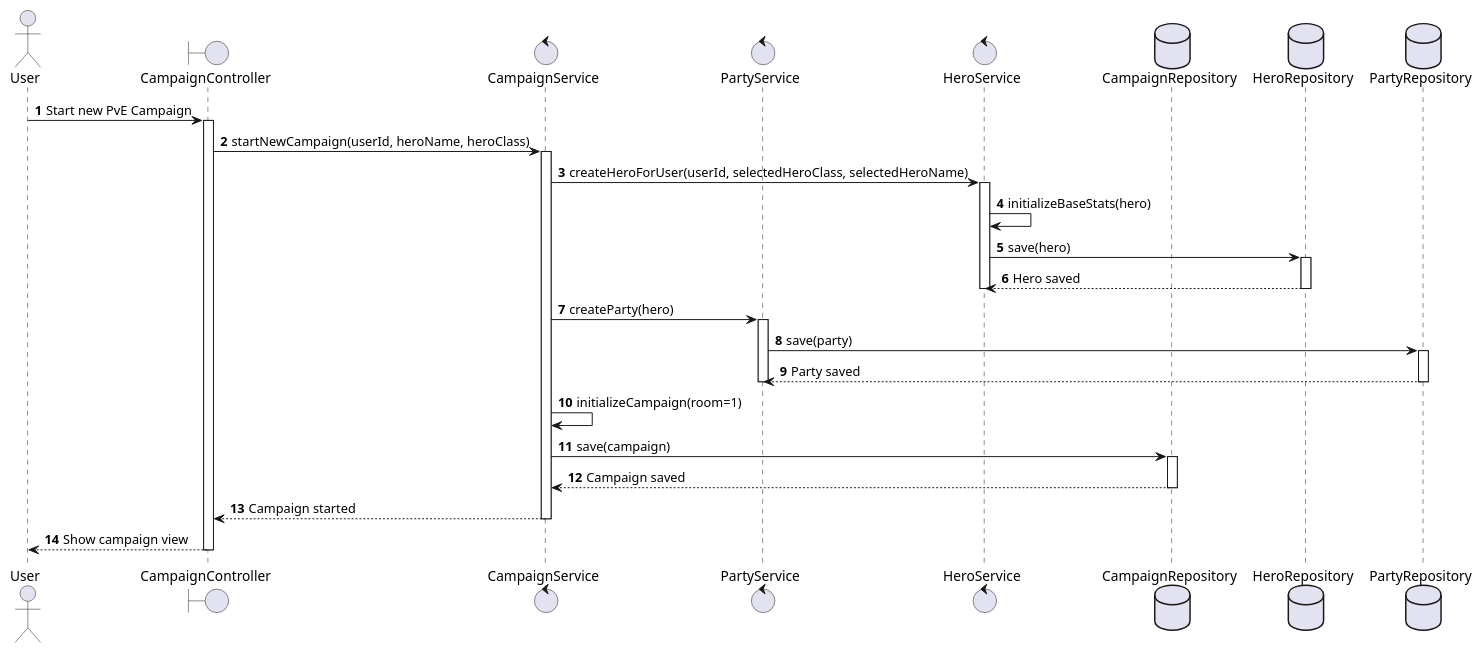
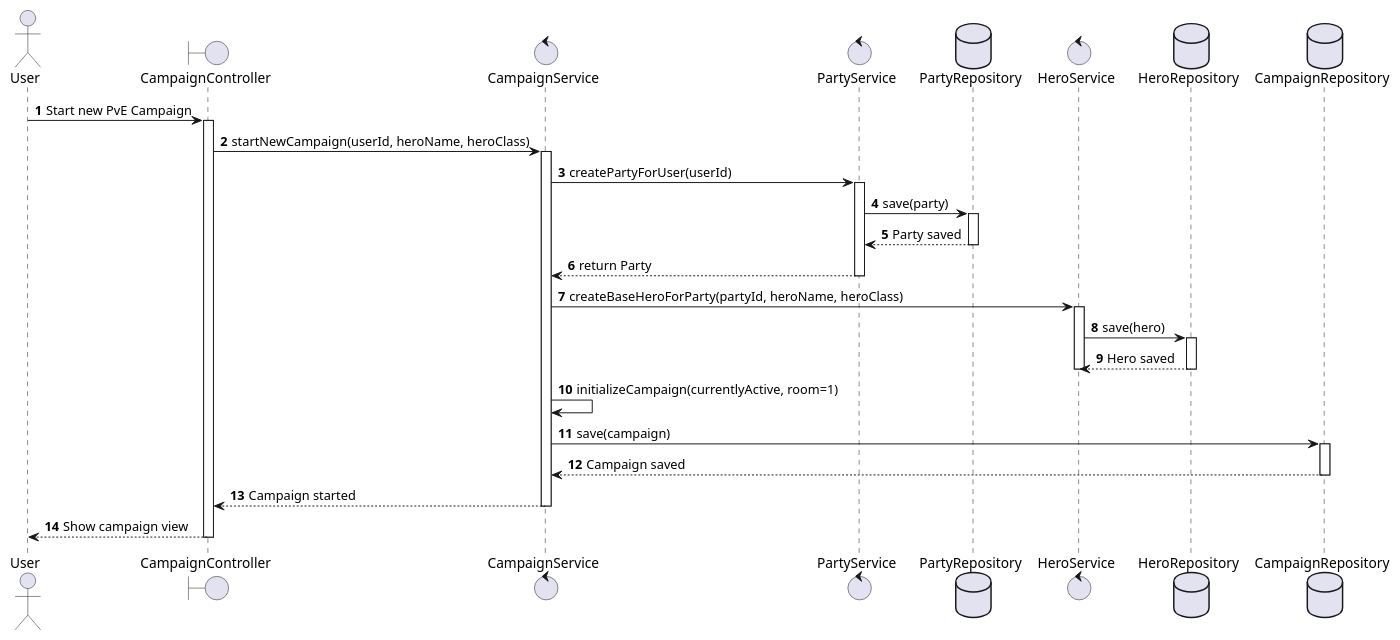
Before and after one commit to MohammedPatel-yorku/LegendsOfSwordAndWand: the diagram in Sequence Diagrams/Use Case 2_Start PvE Campaign.puml, drawn with PlantUML. The commit also changed 4 other files, not shown here.

```diff
--- a/Sequence Diagrams/Use Case 2_Start PvE Campaign.puml
+++ b/Sequence Diagrams/Use Case 2_Start PvE Campaign.puml
@@ -1,48 +1,48 @@
 @startuml
 'https://plantuml.com/sequence-diagram
 
 autonumber
 
 actor User
 boundary CampaignController
 control CampaignService
 control PartyService
+database PartyRepository
 control HeroService
+database HeroRepository
 database CampaignRepository
-database HeroRepository
-database PartyRepository
 
 User -> CampaignController: Start new PvE Campaign
 activate CampaignController
 CampaignController -> CampaignService: startNewCampaign(userId, heroName, heroClass)
 activate CampaignService
 
-CampaignService -> HeroService: createHeroForUser(userId, selectedHeroClass, selectedHeroName)
+CampaignService -> PartyService: createPartyForUser(userId)
+activate PartyService
+PartyService -> PartyRepository: save(party)
+activate PartyRepository
+PartyRepository --> PartyService: Party saved
+deactivate PartyRepository
+PartyService --> CampaignService: return Party
+deactivate PartyService
+
+CampaignService -> HeroService: createBaseHeroForParty(partyId, heroName, heroClass)
 activate HeroService
-HeroService -> HeroService: initializeBaseStats(hero)
 HeroService -> HeroRepository: save(hero)
 activate HeroRepository
 HeroRepository --> HeroService: Hero saved
 deactivate HeroRepository
 deactivate HeroService
 
-CampaignService -> PartyService: createParty(hero)
-activate PartyService
-PartyService -> PartyRepository: save(party)
-activate PartyRepository
-PartyRepository --> PartyService: Party saved
-deactivate PartyRepository
-deactivate PartyService
-
-CampaignService -> CampaignService: initializeCampaign(room=1)
+CampaignService -> CampaignService: initializeCampaign(currentlyActive, room=1)
 CampaignService -> CampaignRepository: save(campaign)
 activate CampaignRepository
 CampaignRepository --> CampaignService: Campaign saved
 deactivate CampaignRepository
 
 CampaignService --> CampaignController: Campaign started
 deactivate CampaignService
 CampaignController --> User: Show campaign view
 deactivate CampaignController
 
 @enduml
```
